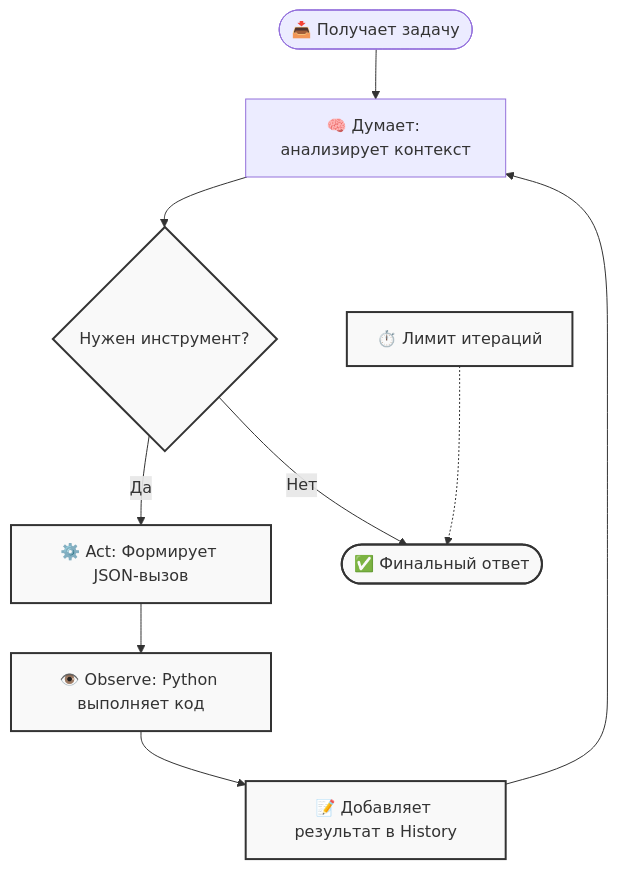
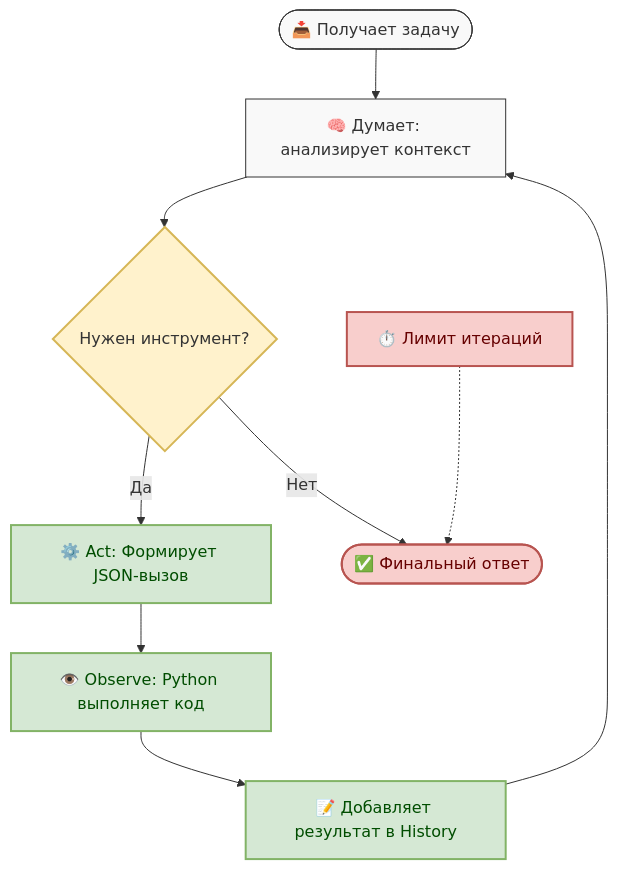
The ninth of 9 diagrams in README.md (io982/firstAgent), drawn with Mermaid before and after one commit.

````diff
--- a/README.md
+++ b/README.md
@@ -1132,22 +1132,23 @@
 ```mermaid
 graph TD
     Start([📥 Получает задачу]) --> Reason[🧠 Думает: анализирует контекст]
     Reason --> Decision{Нужен инструмент?}
     
     Decision -- Да --> Act[⚙️ Act: Формирует JSON-вызов]
     Act --> Observe[👁️ Observe: Python выполняет код]
     Observe --> History[📝 Добавляет результат в History]
     History --> Reason
     
     Decision -- Нет --> FinalAnswer([✅ Финальный ответ])
     MaxIter[⏱️ Лимит итераций] -.-> FinalAnswer
     
-    classDef defaultStyle fill:#f9f9f9,stroke:#333,stroke-width:5px;
-    classDef decisionStyle fill:#f9f9f9,stroke:#333,stroke-width:2px;
-    classDef actionStyle fill:#f9f9f9,stroke:#333,stroke-width:2px;
-    classDef finishStyle fill:#f9f9f9,stroke:#333,stroke-width:2px;
+    classDef defaultStyle fill:#f9f9f9,stroke:#333,stroke-width:1px,color:#333333;
+    classDef decisionStyle fill:#fff2cc,stroke:#d6b656,stroke-width:2px,color:#333333;
+    classDef actionStyle fill:#d5e8d4,stroke:#82b366,stroke-width:2px,color:#004d00;
+    classDef finishStyle fill:#f8cecc,stroke:#b85450,stroke-width:2px,color:#660000;
     
+    class Start,Reason defaultStyle;
     class Decision decisionStyle;
     class Act,Observe,History actionStyle;
     class FinalAnswer,MaxIter finishStyle;
 ```
````
